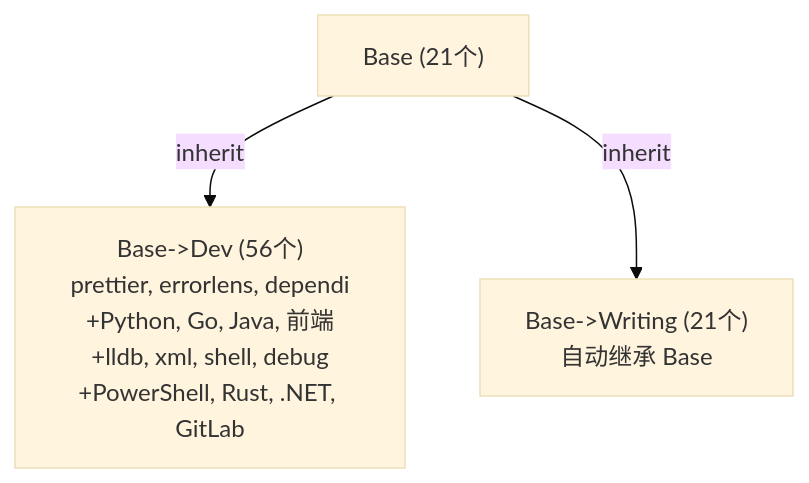
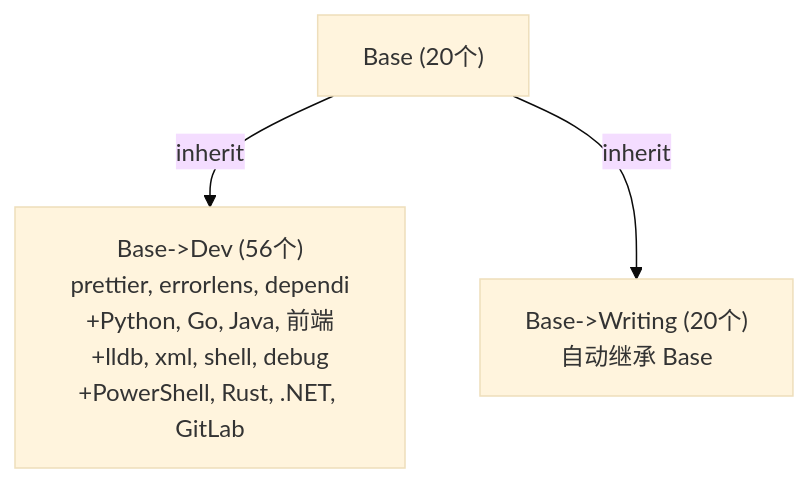
The diagram in vscode配置文件及其配置明细.md (alexjthomson/inherit-profile), drawn with Mermaid (base theme) before and after one commit. The commit also changed other lines of this file, not shown here.

````diff
--- a/vscode配置文件及其配置明细.md
+++ b/vscode配置文件及其配置明细.md
@@ -221,9 +220,9 @@
 ```mermaid
 graph TB
-    Base["Base (21个)"]
+    Base["Base (20个)"]
     Dev["Base->Dev (56个)<br/>prettier, errorlens, dependi<br/>+Python, Go, Java, 前端<br/>+lldb, xml, shell, debug<br/>+PowerShell, Rust, .NET, GitLab"]
-    Writing["Base->Writing (21个)<br/>自动继承 Base"]
+    Writing["Base->Writing (20个)<br/>自动继承 Base"]
 
     Base -->|inherit| Dev
     Base -->|inherit| Writing
 ```
````
